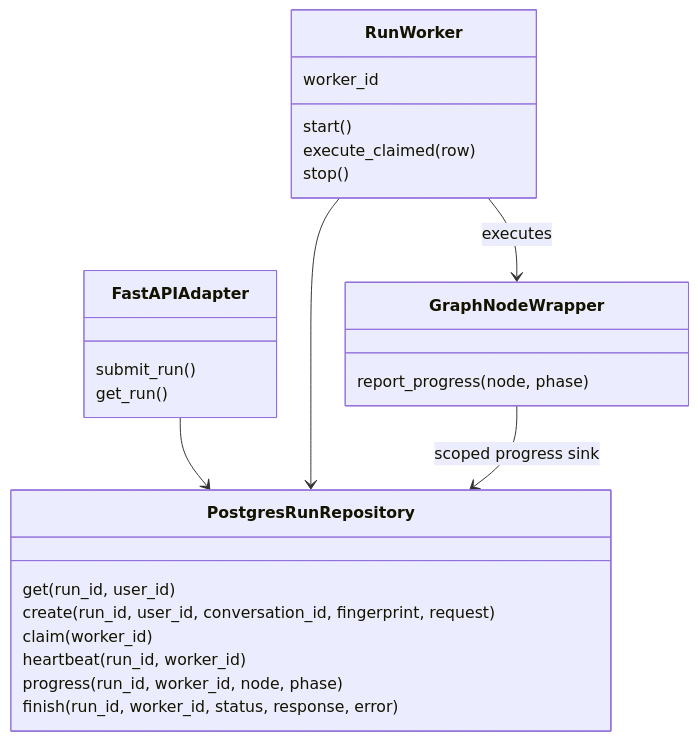
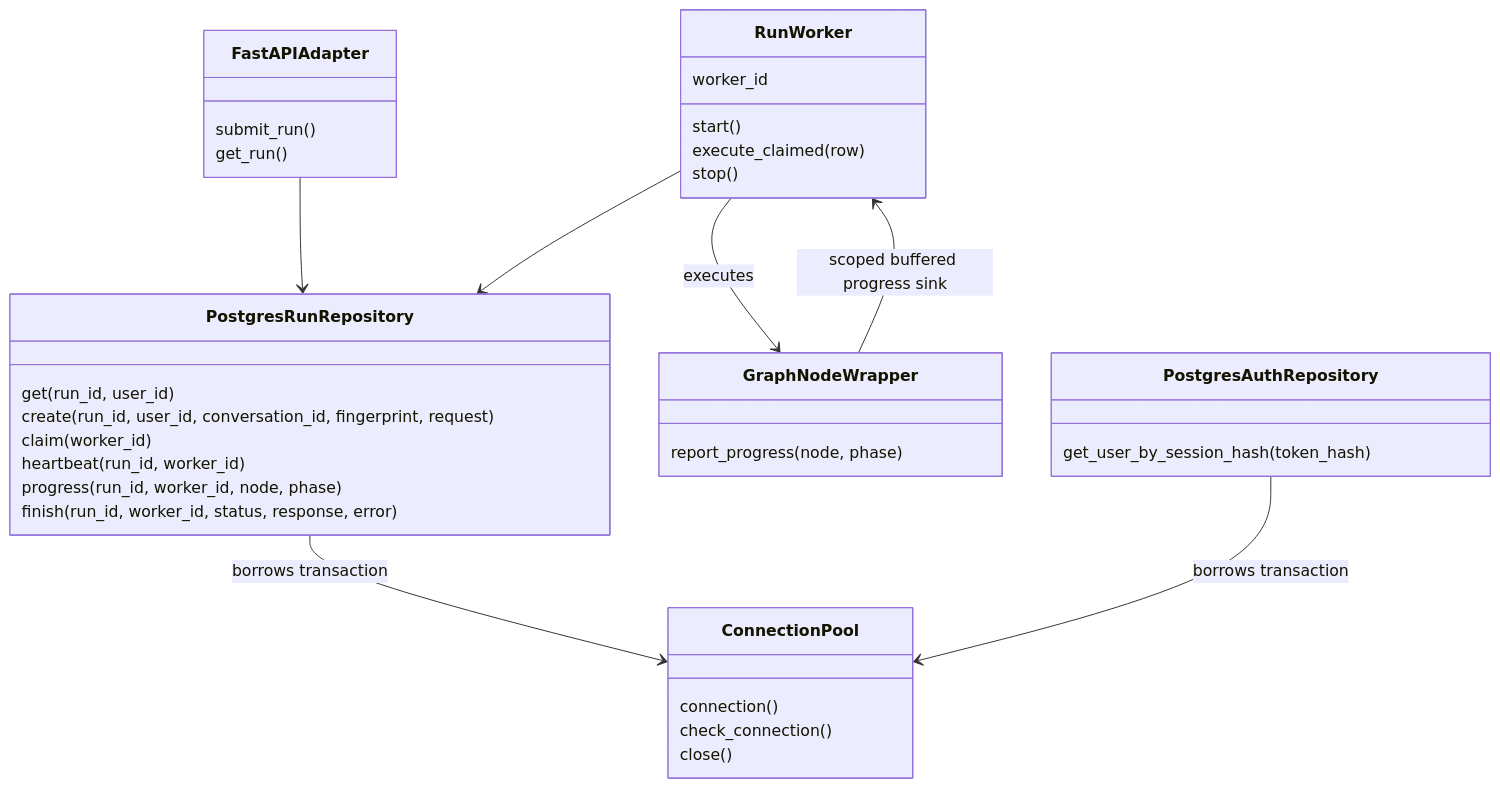
The second of 13 diagrams in langgraph/architecture.md (RadmirG/AES), drawn with Mermaid before and after one commit. The commit also changed other lines of this file and 14 other files, not shown here.

````diff
--- a/langgraph/architecture.md
+++ b/langgraph/architecture.md
@@ -82,28 +100,38 @@
 ```mermaid
 classDiagram
     class PostgresRunRepository {
         get(run_id, user_id)
         create(run_id, user_id, conversation_id, fingerprint, request)
         claim(worker_id)
         heartbeat(run_id, worker_id)
         progress(run_id, worker_id, node, phase)
         finish(run_id, worker_id, status, response, error)
     }
     class RunWorker {
         worker_id
         start()
         execute_claimed(row)
         stop()
     }
     class FastAPIAdapter {
         submit_run()
         get_run()
     }
     class GraphNodeWrapper {
         report_progress(node, phase)
     }
+    class ConnectionPool {
+        connection()
+        check_connection()
+        close()
+    }
+    class PostgresAuthRepository {
+        get_user_by_session_hash(token_hash)
+    }
     FastAPIAdapter --> PostgresRunRepository
     RunWorker --> PostgresRunRepository
     RunWorker --> GraphNodeWrapper : executes
-    GraphNodeWrapper --> PostgresRunRepository : scoped progress sink
+    GraphNodeWrapper --> RunWorker : scoped buffered progress sink
+    PostgresRunRepository --> ConnectionPool : borrows transaction
+    PostgresAuthRepository --> ConnectionPool : borrows transaction
 ```
````
